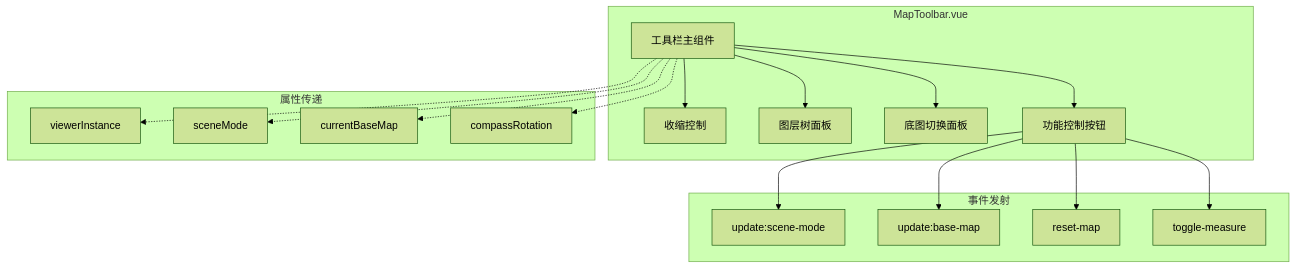
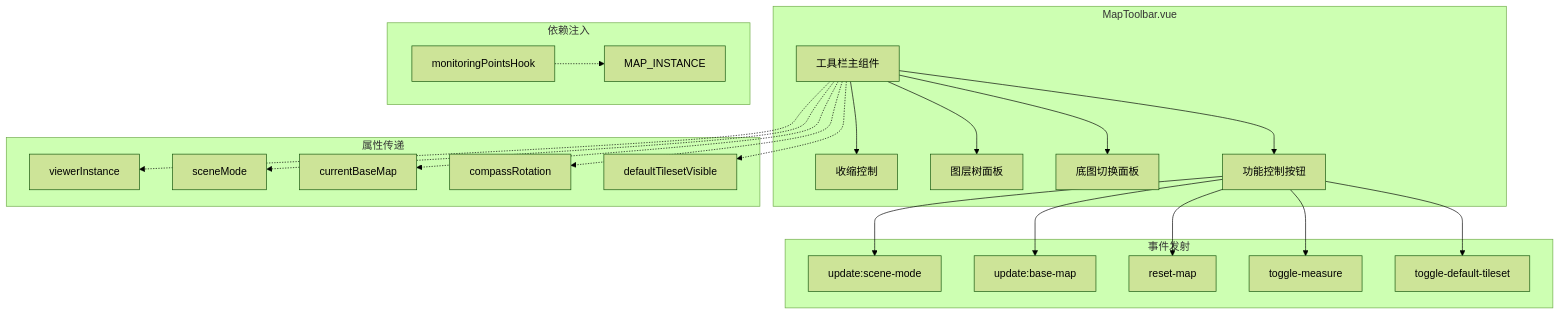
One commit to zhibo1997/government-dashboard changed the ninth of 14 diagrams in .qoder/repowiki/zh/content/核心组件架构/核心组件架构.md. Above: the diagram before and after it, drawn with Mermaid (forest theme). The commit also changed other lines of this file and 28 other files, not shown here.

````diff
--- a/.qoder/repowiki/zh/content/核心组件架构/核心组件架构.md
+++ b/.qoder/repowiki/zh/content/核心组件架构/核心组件架构.md
@@ -321,34 +436,43 @@
 ```mermaid
 graph TB
 subgraph "MapToolbar.vue"
 Toolbar[工具栏主组件]
 Collapse[收缩控制]
 LayerTree[图层树面板]
 BaseMap[底图切换面板]
 Controls[功能控制按钮]
 end
 subgraph "事件发射"
 SceneMode[update:scene-mode]
 BaseMapEvent[update:base-map]
 ResetMap[reset-map]
 ToggleMeasure[toggle-measure]
+ToggleDefaultTileset[toggle-default-tileset]
 end
 subgraph "属性传递"
 ViewerInstance[viewerInstance]
 SceneModeProp[sceneMode]
 BaseMapProp[currentBaseMap]
 CompassRotation[compassRotation]
+DefaultTilesetVisible[defaultTilesetVisible]
+end
+subgraph "依赖注入"
+MonitoringPointsHook[monitoringPointsHook]
+MAP_INSTANCE[MAP_INSTANCE]
 end
 Toolbar --> Collapse
 Toolbar --> LayerTree
 Toolbar --> BaseMap
 Toolbar --> Controls
 Controls --> SceneMode
 Controls --> BaseMapEvent
 Controls --> ResetMap
 Controls --> ToggleMeasure
+Controls --> ToggleDefaultTileset
 Toolbar -.-> ViewerInstance
 Toolbar -.-> SceneModeProp
 Toolbar -.-> BaseMapProp
 Toolbar -.-> CompassRotation
+Toolbar -.-> DefaultTilesetVisible
+MonitoringPointsHook -.-> MAP_INSTANCE
 ```
````
